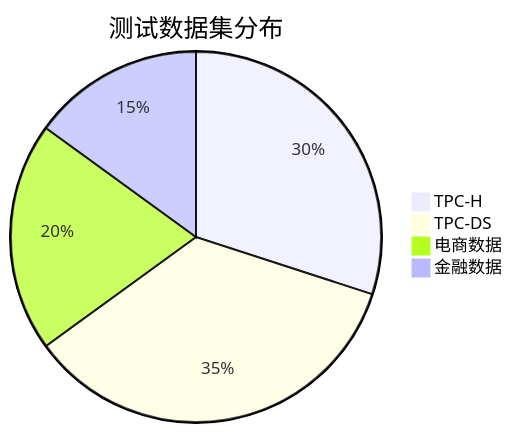
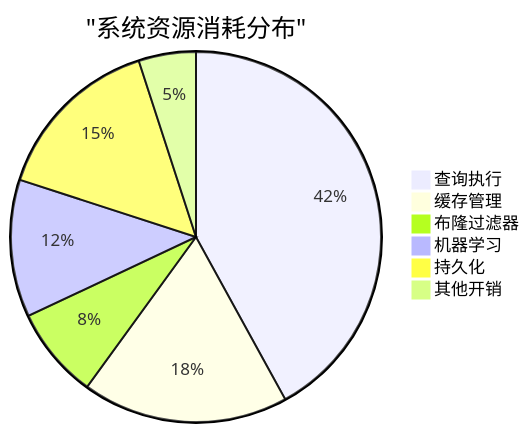
One commit to crazypenguincode/duckdb changed the fifth of 25 diagrams in md/第五章-实验与分析.md. Above: the diagram before and after it, drawn with Mermaid. The commit also changed other lines of this file and 361 other files, not shown here.

````diff
--- a/md/第五章-实验与分析.md
+++ b/md/第五章-实验与分析.md
@@ -150,7 +212,9 @@
 ```mermaid
-pie title 测试数据集分布
-    "TPC-H" : 30
-    "TPC-DS" : 35
-    "电商数据" : 20
-    "金融数据" : 15
+pie title "系统资源消耗分布"
+    "查询执行" : 42
+    "缓存管理" : 18
+    "布隆过滤器" : 8
+    "机器学习" : 12
+    "持久化" : 15
+    "其他开销" : 5
 ```
````
